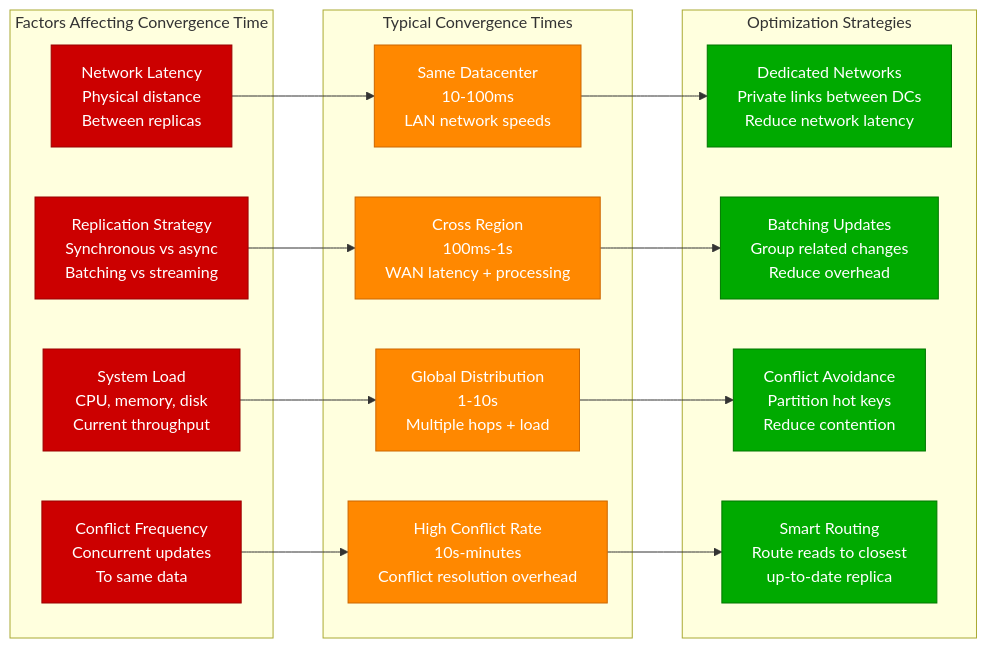
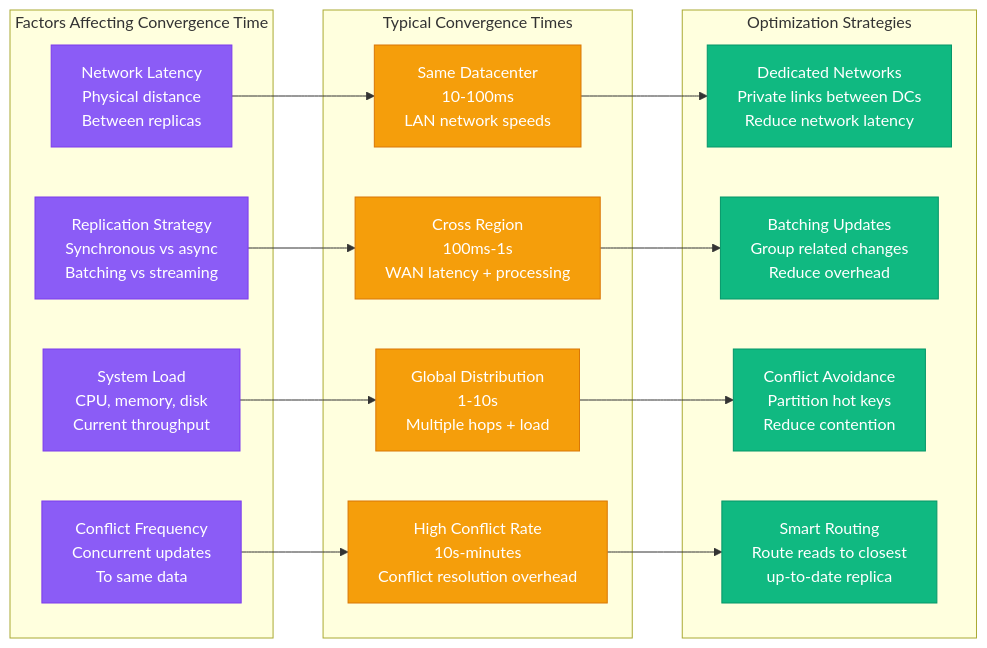
Before and after one commit to deepaucksharma/DS: the sixth of 9 diagrams in site/docs/guarantees/eventual-consistency/eventual-consistency-concept.md, drawn with Mermaid. The commit also changed other lines of this file and 303 other files, not shown here.

````diff
--- a/site/docs/guarantees/eventual-consistency/eventual-consistency-concept.md
+++ b/site/docs/guarantees/eventual-consistency/eventual-consistency-concept.md
@@ -297,41 +297,41 @@
 ```mermaid
 graph LR
     subgraph FactorsAffectingConvergence[Factors Affecting Convergence Time]
         F1[Network Latency<br/>Physical distance<br/>Between replicas]
         F2[Replication Strategy<br/>Synchronous vs async<br/>Batching vs streaming]
         F3[System Load<br/>CPU, memory, disk<br/>Current throughput]
         F4[Conflict Frequency<br/>Concurrent updates<br/>To same data]
     end
 
     subgraph TypicalConvergenceTimes[Typical Convergence Times]
         T1[Same Datacenter<br/>10-100ms<br/>LAN network speeds]
         T2[Cross Region<br/>100ms-1s<br/>WAN latency + processing]
         T3[Global Distribution<br/>1-10s<br/>Multiple hops + load]
         T4[High Conflict Rate<br/>10s-minutes<br/>Conflict resolution overhead]
     end
 
     subgraph OptimizationStrategies[Optimization Strategies]
         O1[Dedicated Networks<br/>Private links between DCs<br/>Reduce network latency]
         O2[Batching Updates<br/>Group related changes<br/>Reduce overhead]
         O3[Conflict Avoidance<br/>Partition hot keys<br/>Reduce contention]
         O4[Smart Routing<br/>Route reads to closest<br/>up-to-date replica]
     end
 
     F1 --> T1
     F2 --> T2
     F3 --> T3
     F4 --> T4
 
     T1 --> O1
     T2 --> O2
     T3 --> O3
     T4 --> O4
 
-    classDef factorStyle fill:#CC0000,stroke:#990000,color:#fff
-    classDef timeStyle fill:#FF8800,stroke:#CC6600,color:#fff
-    classDef optimizeStyle fill:#00AA00,stroke:#007700,color:#fff
+    classDef factorStyle fill:#8B5CF6,stroke:#7C3AED,color:#fff
+    classDef timeStyle fill:#F59E0B,stroke:#D97706,color:#fff
+    classDef optimizeStyle fill:#10B981,stroke:#059669,color:#fff
 
     class F1,F2,F3,F4 factorStyle
     class T1,T2,T3,T4 timeStyle
     class O1,O2,O3,O4 optimizeStyle
 ```
````
